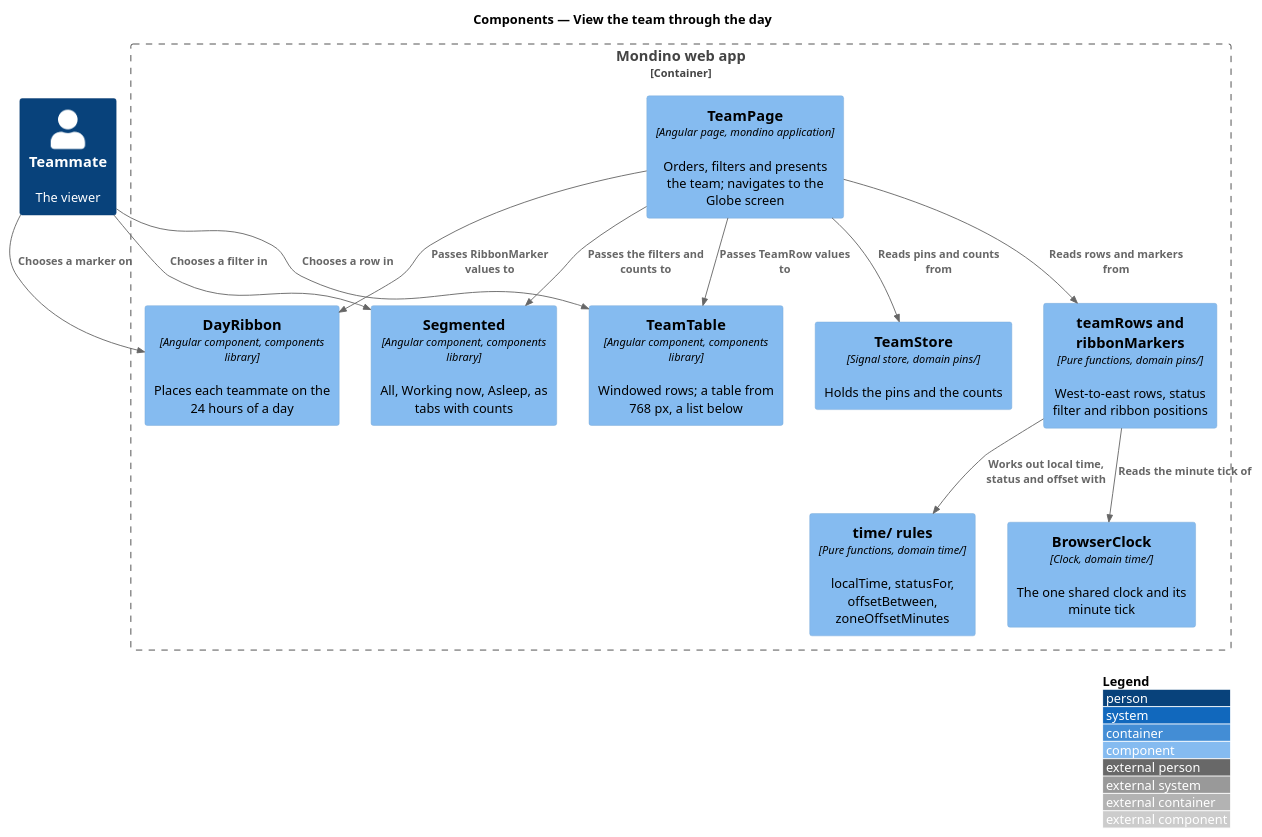
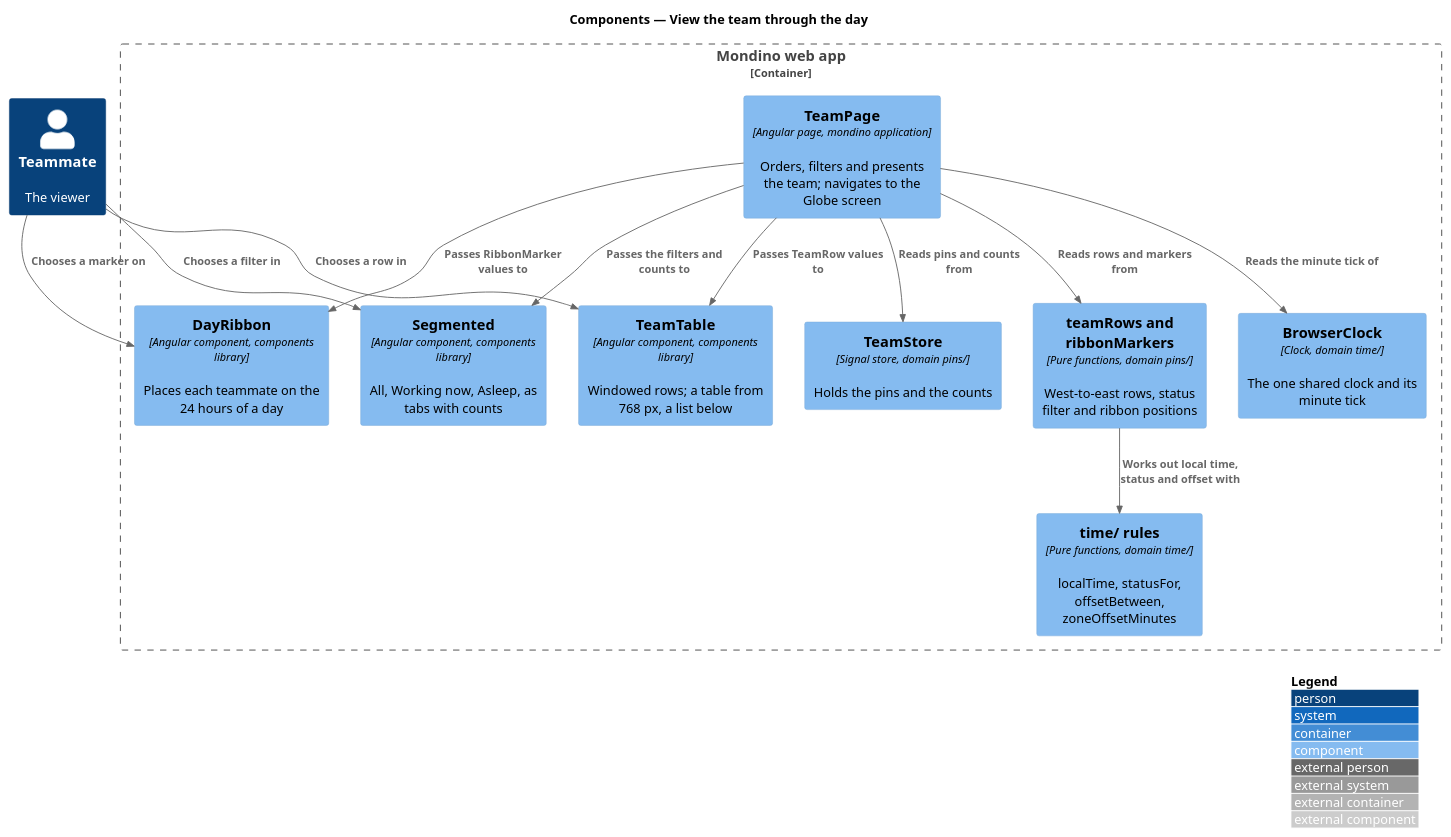
Before and after one commit to QuinntyneBrown/Mondino: the diagram in docs/detailed-designs/team/view-team-through-the-day/diagrams/c4-component.puml, drawn with PlantUML. The commit also changed 4 other files, not shown here.

```diff
--- a/docs/detailed-designs/team/view-team-through-the-day/diagrams/c4-component.puml
+++ b/docs/detailed-designs/team/view-team-through-the-day/diagrams/c4-component.puml
@@ -1,27 +1,27 @@
 @startuml
 !include <C4/C4_Component>
 LAYOUT_WITH_LEGEND()
 title Components — View the team through the day
 
 Person(teammate, "Teammate", "The viewer")
 Container_Boundary(web, "Mondino web app") {
   Component(page, "TeamPage", "Angular page, mondino application", "Orders, filters and presents the team; navigates to the Globe screen")
   Component(store, "TeamStore", "Signal store, domain pins/", "Holds the pins and the counts")
   Component(rows, "teamRows and ribbonMarkers", "Pure functions, domain pins/", "West-to-east rows, status filter and ribbon positions")
   Component(time, "time/ rules", "Pure functions, domain time/", "localTime, statusFor, offsetBetween, zoneOffsetMinutes")
   Component(clock, "BrowserClock", "Clock, domain time/", "The one shared clock and its minute tick")
   Component(ribbon, "DayRibbon", "Angular component, components library", "Places each teammate on the 24 hours of a day")
   Component(chips, "Segmented", "Angular component, components library", "All, Working now, Asleep, as tabs with counts")
   Component(table, "TeamTable", "Angular component, components library", "Windowed rows; a table from 768 px, a list below")
 }
 Rel(teammate, ribbon, "Chooses a marker on")
 Rel(teammate, chips, "Chooses a filter in")
 Rel(teammate, table, "Chooses a row in")
 Rel(page, store, "Reads pins and counts from")
 Rel(page, rows, "Reads rows and markers from")
 Rel(rows, time, "Works out local time, status and offset with")
-Rel(rows, clock, "Reads the minute tick of")
+Rel(page, clock, "Reads the minute tick of")
 Rel(page, ribbon, "Passes RibbonMarker values to")
 Rel(page, chips, "Passes the filters and counts to")
 Rel(page, table, "Passes TeamRow values to")
 @enduml
```
